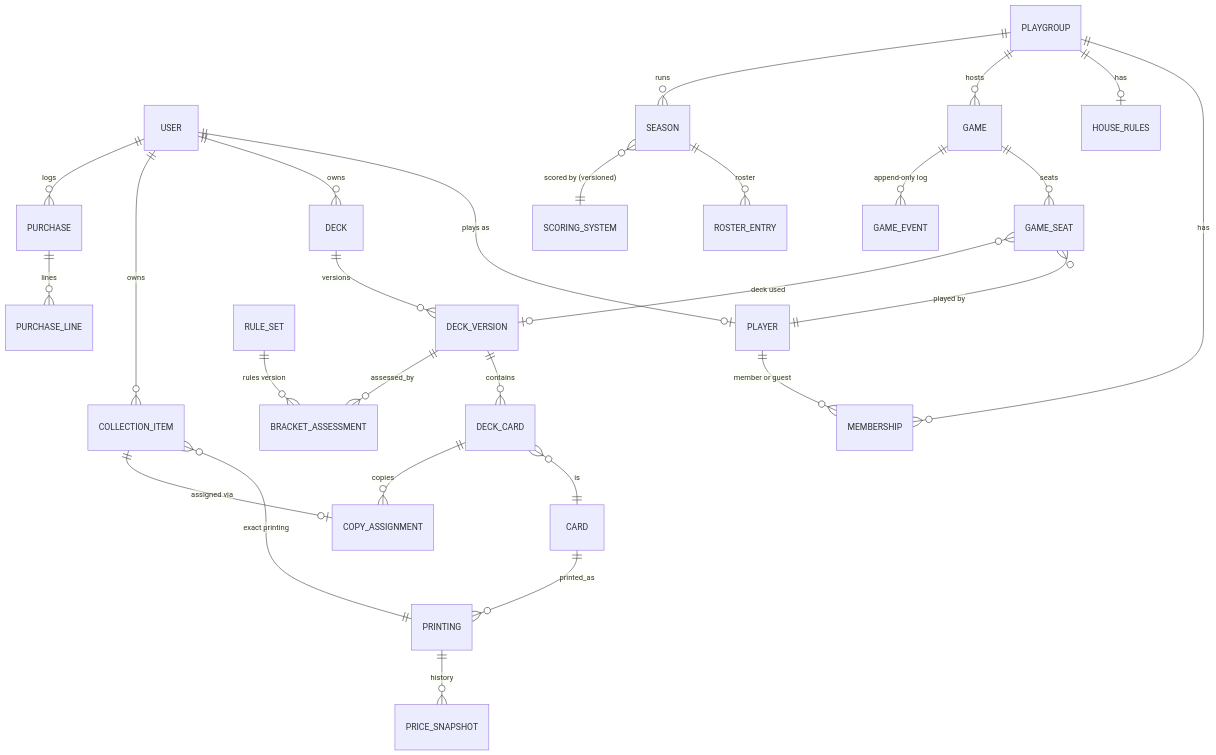
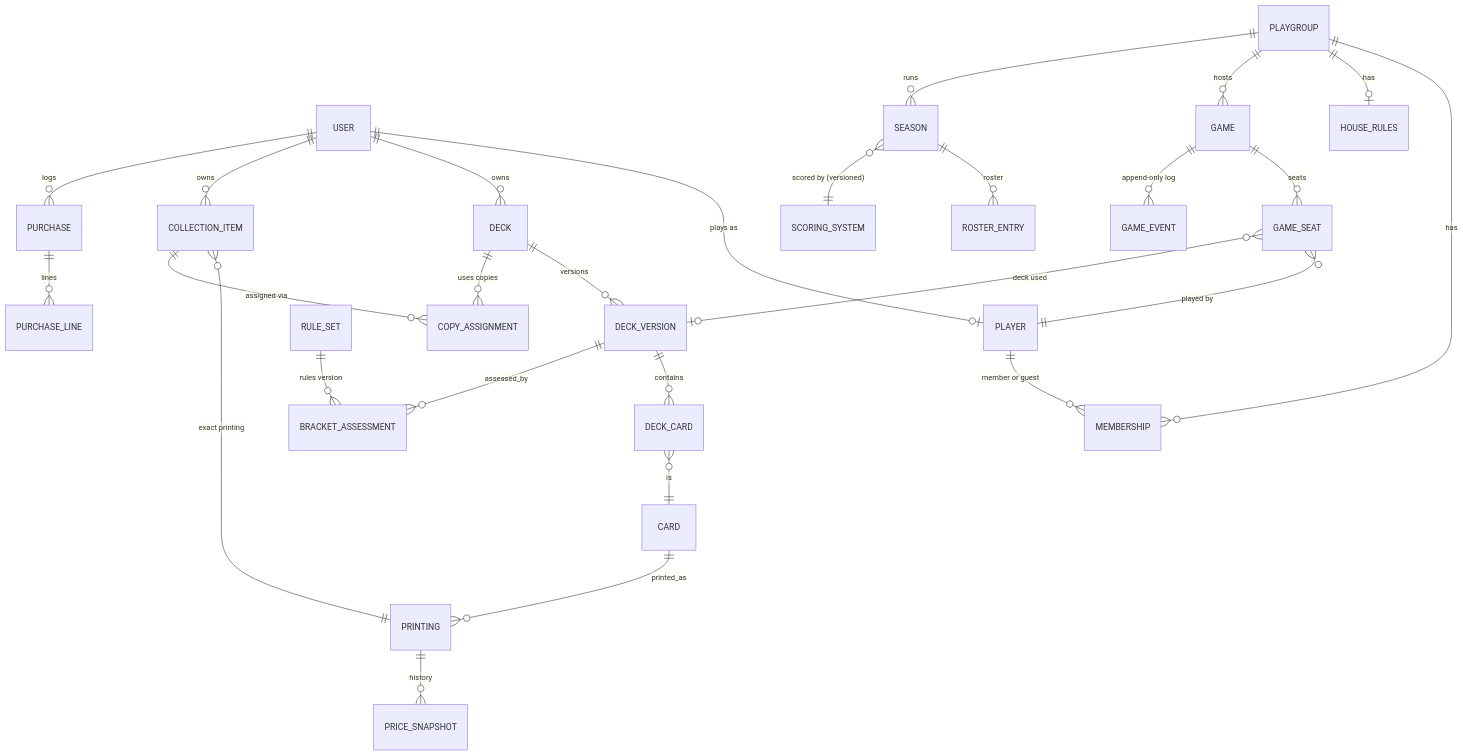
One commit to Rocket-Racoon/mtg-stats changed the fifth of 5 diagrams in docs/architecture.md. Above: the diagram before and after it, drawn with Mermaid. The commit also changed other lines of this file and 5 other files, not shown here.

````diff
--- a/docs/architecture.md
+++ b/docs/architecture.md
@@ -304,29 +314,29 @@
 ```mermaid
 erDiagram
   USER ||--o| PLAYER : "plays as"
   PLAYER ||--o{ MEMBERSHIP : "member or guest"
   PLAYGROUP ||--o{ MEMBERSHIP : has
   PLAYGROUP ||--o| HOUSE_RULES : has
   USER ||--o{ DECK : owns
   DECK ||--o{ DECK_VERSION : versions
   DECK_VERSION ||--o{ DECK_CARD : contains
   CARD ||--o{ PRINTING : printed_as
   DECK_CARD }o--|| CARD : "is"
   DECK_VERSION ||--o{ BRACKET_ASSESSMENT : assessed_by
   RULE_SET ||--o{ BRACKET_ASSESSMENT : "rules version"
   PLAYGROUP ||--o{ GAME : hosts
   GAME ||--o{ GAME_SEAT : seats
   GAME ||--o{ GAME_EVENT : "append-only log"
   GAME_SEAT }o--|| PLAYER : "played by"
   GAME_SEAT }o--o| DECK_VERSION : "deck used"
   USER ||--o{ COLLECTION_ITEM : owns
   COLLECTION_ITEM }o--|| PRINTING : "exact printing"
-  COLLECTION_ITEM ||--o| COPY_ASSIGNMENT : "assigned via"
-  DECK_CARD ||--o{ COPY_ASSIGNMENT : "copies"
+  COLLECTION_ITEM ||--o{ COPY_ASSIGNMENT : "assigned via"
+  DECK ||--o{ COPY_ASSIGNMENT : "uses copies"
   USER ||--o{ PURCHASE : logs
   PURCHASE ||--o{ PURCHASE_LINE : lines
   PRINTING ||--o{ PRICE_SNAPSHOT : history
   PLAYGROUP ||--o{ SEASON : runs
   SEASON ||--o{ ROSTER_ENTRY : roster
   SEASON }o--|| SCORING_SYSTEM : "scored by (versioned)"
 ```
````
